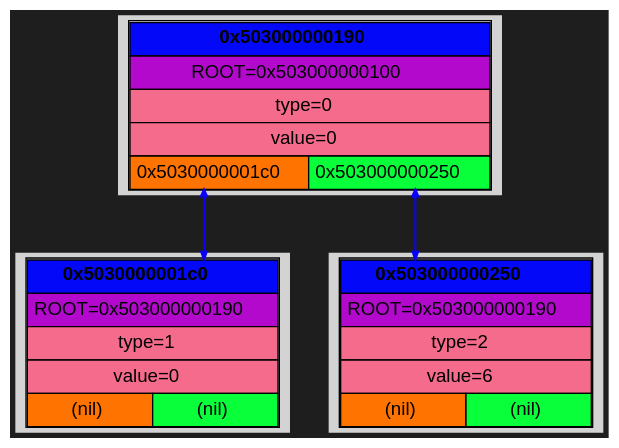
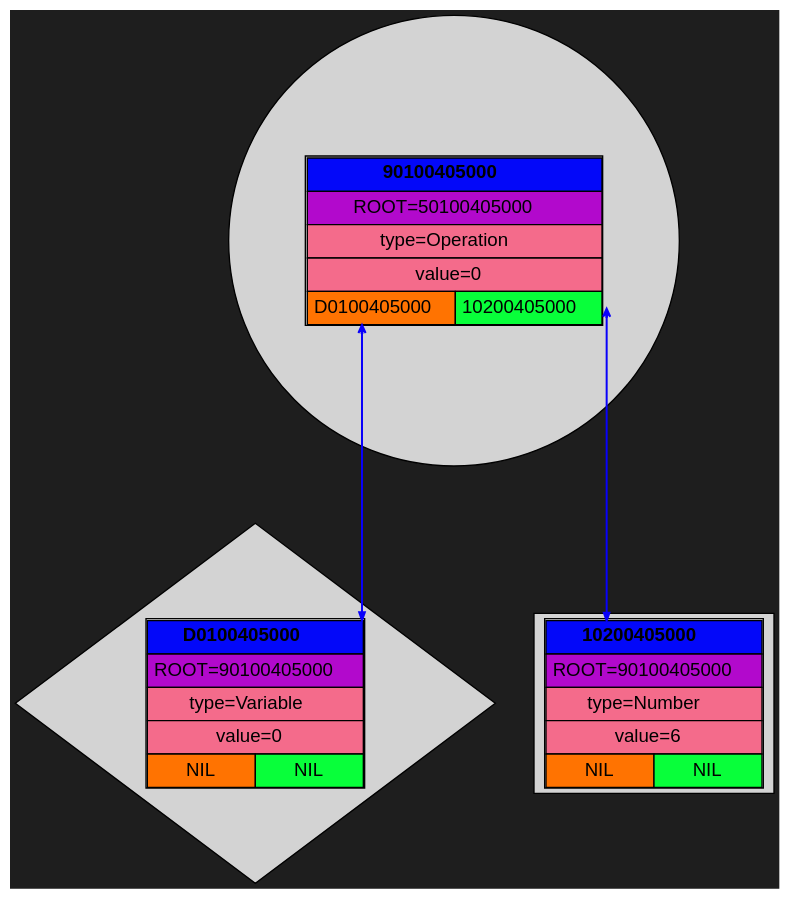
The diagram in Dump/graph.dot (Kabuto-Mainer/Diff), drawn with Graphviz before and after one commit. The commit also changed 9 other files, not shown here.

```diff
--- a/Dump/graph.dot
+++ b/Dump/graph.dot
@@ -1,49 +1,49 @@
 digraph {
   rankdir=UD;
   bgcolor="#1e1e1e"
   splines=ortho;
   nodesep=0.4;
   ranksep=0.6;
   node [shape=plaintext, style=filled, fontname="Helvetica"];
   edge [arrowhead=vee, arrowsize=0.6, penwidth=1.2];
 
-block_0x5030000001c0 [label=<
+block_0x5040000001d0 [shape=diamond, label=<
 <TABLE CELLSPACING="0" CELLPADDING="4">
-<TR><TD PORT="root" BGCOLOR="#0308f9ff" COLSPAN="2"><B>0x5030000001c0</B></TD></TR>
-<TR><TD BGCOLOR="#b209ccff" COLSPAN="2">ROOT=0x503000000190</TD></TR>
-<TR><TD BGCOLOR="#f46b8bff" COLSPAN="2">type=1</TD></TR>
+<TR><TD PORT="root" BGCOLOR="#0308f9ff" COLSPAN="2"><B>D0100405000</B></TD></TR>
+<TR><TD BGCOLOR="#b209ccff" COLSPAN="2">ROOT=90100405000</TD></TR>
+<TR><TD BGCOLOR="#f46b8bff" COLSPAN="2">type=Variable</TD></TR>
 <TR><TD BGCOLOR="#f46b8bff" COLSPAN="2">value=0</TD></TR>
 <TR>
-<TD PORT="left" BGCOLOR="#ff7301ff">(nil)</TD>
-<TD PORT="right" BGCOLOR="#08ff3aff">(nil)</TD>
+<TD PORT="left" BGCOLOR="#ff7301ff">NIL</TD>
+<TD PORT="right" BGCOLOR="#08ff3aff">NIL</TD>
 </TR>
 </TABLE> >];
 
-block_0x503000000250 [label=<
+block_0x504000000210 [shape=box, label=<
 <TABLE CELLSPACING="0" CELLPADDING="4">
-<TR><TD PORT="root" BGCOLOR="#0308f9ff" COLSPAN="2"><B>0x503000000250</B></TD></TR>
-<TR><TD BGCOLOR="#b209ccff" COLSPAN="2">ROOT=0x503000000190</TD></TR>
-<TR><TD BGCOLOR="#f46b8bff" COLSPAN="2">type=2</TD></TR>
+<TR><TD PORT="root" BGCOLOR="#0308f9ff" COLSPAN="2"><B>10200405000</B></TD></TR>
+<TR><TD BGCOLOR="#b209ccff" COLSPAN="2">ROOT=90100405000</TD></TR>
+<TR><TD BGCOLOR="#f46b8bff" COLSPAN="2">type=Number</TD></TR>
 <TR><TD BGCOLOR="#f46b8bff" COLSPAN="2">value=6</TD></TR>
 <TR>
-<TD PORT="left" BGCOLOR="#ff7301ff">(nil)</TD>
-<TD PORT="right" BGCOLOR="#08ff3aff">(nil)</TD>
+<TD PORT="left" BGCOLOR="#ff7301ff">NIL</TD>
+<TD PORT="right" BGCOLOR="#08ff3aff">NIL</TD>
 </TR>
 </TABLE> >];
 
-block_0x503000000190 [label=<
+block_0x504000000190 [shape=circle, label=<
 <TABLE CELLSPACING="0" CELLPADDING="4">
-<TR><TD PORT="root" BGCOLOR="#0308f9ff" COLSPAN="2"><B>0x503000000190</B></TD></TR>
-<TR><TD BGCOLOR="#b209ccff" COLSPAN="2">ROOT=0x503000000100</TD></TR>
-<TR><TD BGCOLOR="#f46b8bff" COLSPAN="2">type=0</TD></TR>
+<TR><TD PORT="root" BGCOLOR="#0308f9ff" COLSPAN="2"><B>90100405000</B></TD></TR>
+<TR><TD BGCOLOR="#b209ccff" COLSPAN="2">ROOT=50100405000</TD></TR>
+<TR><TD BGCOLOR="#f46b8bff" COLSPAN="2">type=Operation</TD></TR>
 <TR><TD BGCOLOR="#f46b8bff" COLSPAN="2">value=0</TD></TR>
 <TR>
-<TD PORT="left" BGCOLOR="#ff7301ff">0x5030000001c0</TD>
-<TD PORT="right" BGCOLOR="#08ff3aff">0x503000000250</TD>
+<TD PORT="left" BGCOLOR="#ff7301ff">D0100405000</TD>
+<TD PORT="right" BGCOLOR="#08ff3aff">10200405000</TD>
 </TR>
 </TABLE> >];
 
-block_0x503000000190:right -> block_0x503000000250:root [color="#0901faff", penwidth = 1.5, arrowsize = 0.6, constraint = true, dir = both];
-block_0x503000000190:left -> block_0x5030000001c0:root [color="#0901faff", penwidth = 1.5, arrowsize = 0.6, constraint = true, dir = both];
+block_0x504000000190:right -> block_0x504000000210:root [color="#0901faff", penwidth = 1.5, arrowsize = 0.6, constraint = true, dir = both];
+block_0x504000000190:left -> block_0x5040000001d0:root [color="#0901faff", penwidth = 1.5, arrowsize = 0.6, constraint = true, dir = both];
 
 }
```
